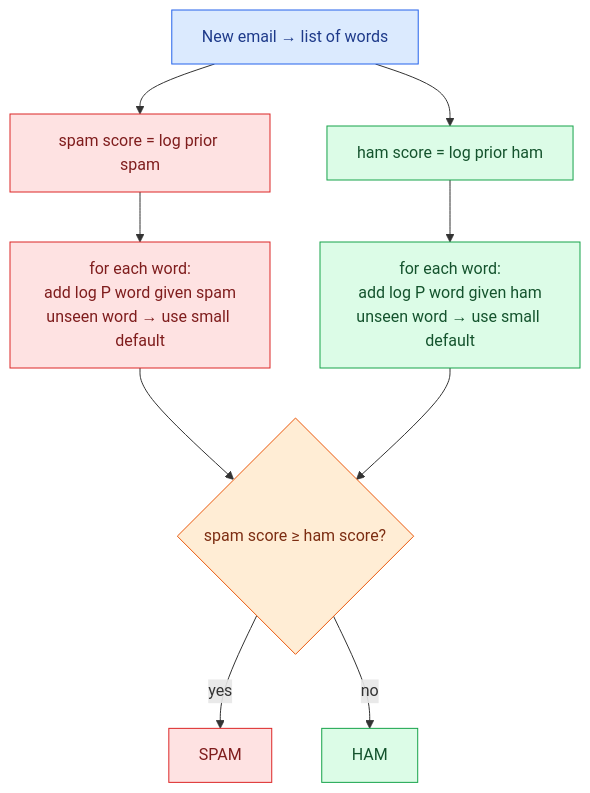
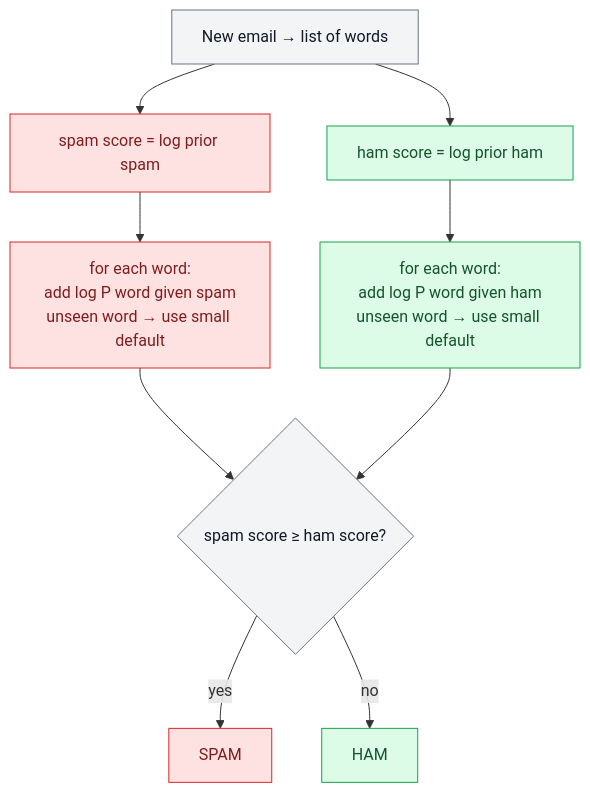
One commit to mohanakrishnavh/naive-bayes changed the third of 3 diagrams in ALGORITHM.md. Above: the diagram before and after it, drawn with Mermaid. The commit also changed other lines of this file, not shown here.

Commit message:
Make diagram colours meaningful: green=ham, red=spam, grey=neutral

````diff
--- a/ALGORITHM.md
+++ b/ALGORITHM.md
@@ -84,23 +76,17 @@
 ```mermaid
 flowchart TD
     A[New email → list of words] --> B[spam score = log prior spam]
     A --> C[ham score = log prior ham]
     B --> D[for each word:<br/>add log P word given spam<br/>unseen word → use small default]
     C --> E[for each word:<br/>add log P word given ham<br/>unseen word → use small default]
     D --> F{spam score ≥ ham score?}
     E --> F
     F -->|yes| G[SPAM]
     F -->|no| H[HAM]
-    class A data
-    class B,D spam
-    class C,E ham
-    class F decision
-    class G spam
-    class H ham
-    classDef data fill:#dbeafe,stroke:#2563eb,color:#1e3a8a
-    classDef step fill:#fef9c3,stroke:#ca8a04,color:#713f12
-    classDef model fill:#ede9fe,stroke:#7c3aed,color:#4c1d95
-    classDef decision fill:#ffedd5,stroke:#ea580c,color:#7c2d12
+    class A,F plain
+    class B,D,G spam
+    class C,E,H ham
+    classDef plain fill:#f3f4f6,stroke:#6b7280,color:#111827
     classDef ham fill:#dcfce7,stroke:#16a34a,color:#14532d
     classDef spam fill:#fee2e2,stroke:#dc2626,color:#7f1d1d
 ```
````
